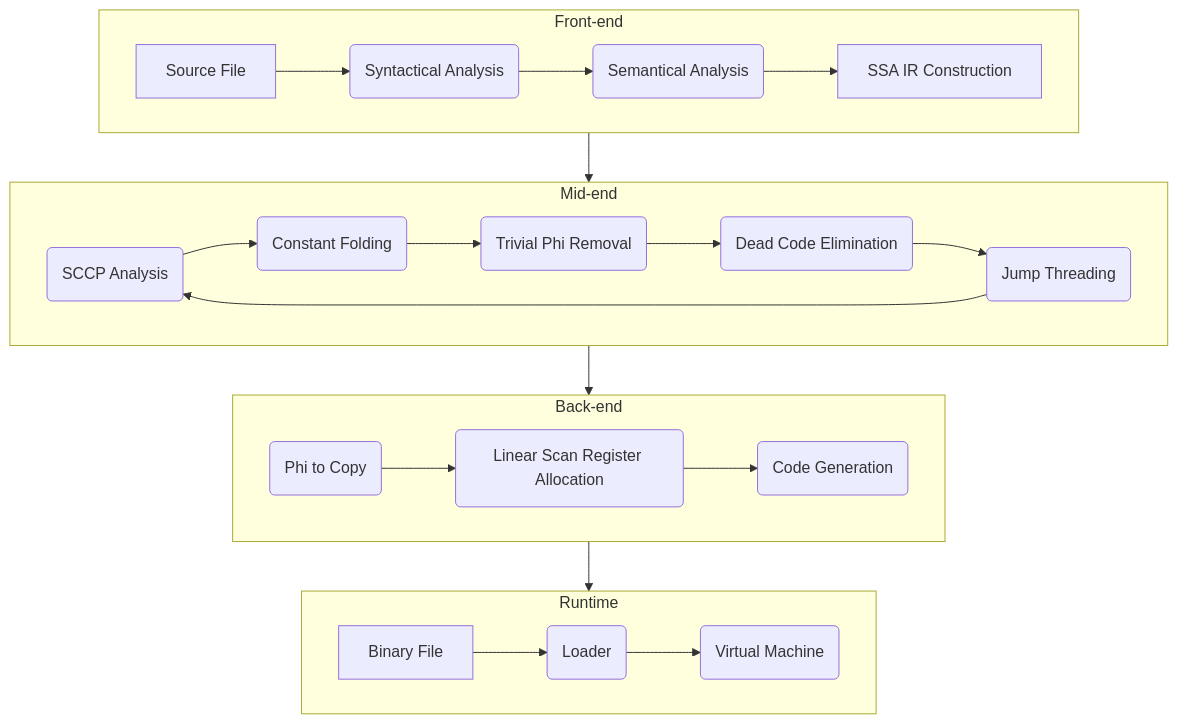
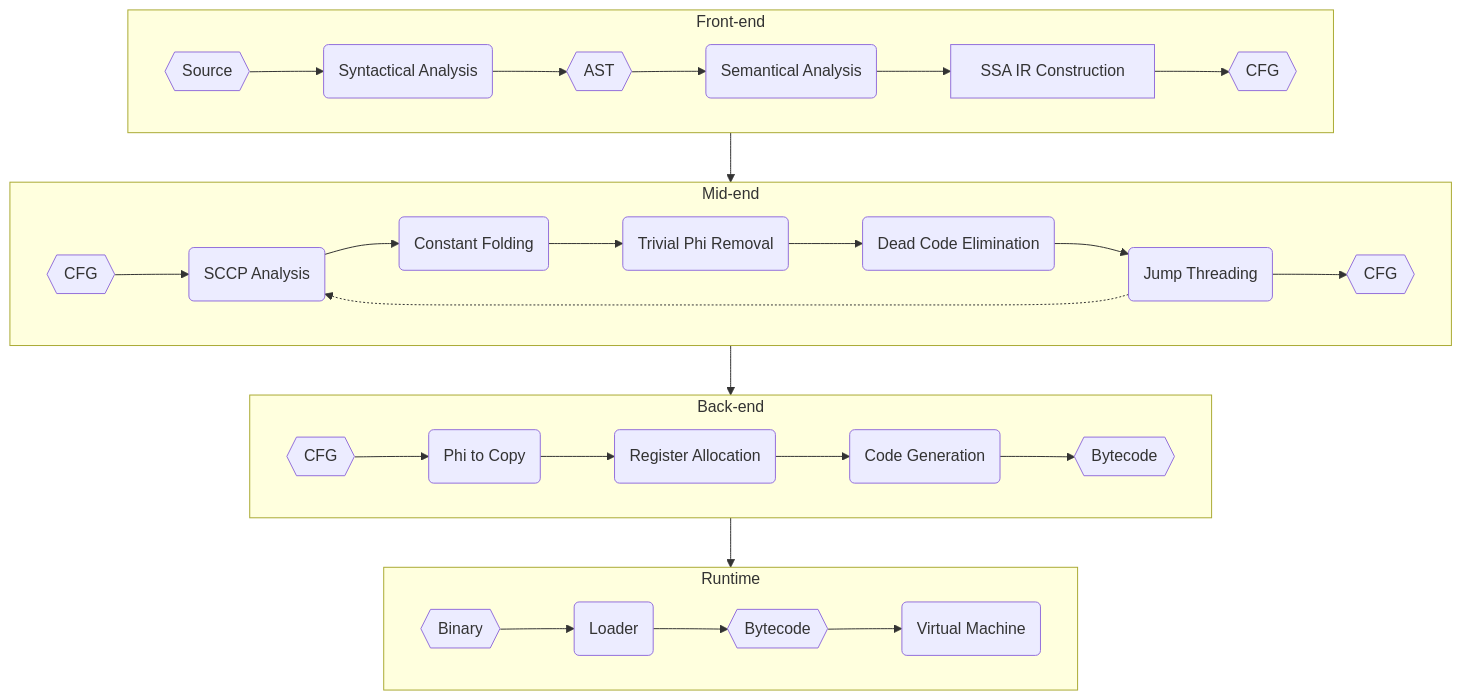
The diagram in README.md (felys-lang/felys), drawn with Mermaid before and after one commit.

````diff
--- a/README.md
+++ b/README.md
@@ -24,36 +24,43 @@
 ```mermaid
 flowchart TD
     subgraph FrontEnd [Front-end]
         direction LR
-        FA[Source File] --> FB(Syntactical Analysis)
-        FB --> FC(Semantical Analysis)
-        FC --> IR[SSA IR Construction]
+        FA{{Source}} --> FB(Syntactical Analysis)
+        FB --> FC{{AST}}
+        FC --> FD(Semantical Analysis)
+        FD --> FE[SSA IR Construction]
+        FE --> FF{{CFG}}
     end
 
     FrontEnd --> MidEnd
 
     subgraph MidEnd [Mid-end]
         direction LR
-        MA(SCCP Analysis) --> MB(Constant Folding)
-        MB --> MC(Trivial Phi Removal)
-        MC --> MD(Dead Code Elimination)
-        MD --> ME(Jump Threading)
-        ME --> MA
+        MA{{CFG}} --> MB(SCCP Analysis)
+        MB --> MC(Constant Folding)
+        MC --> MD(Trivial Phi Removal)
+        MD --> ME(Dead Code Elimination)
+        ME --> MF(Jump Threading)
+        MF -.-> MB
+        MF --> MG{{CFG}}
     end
 
     MidEnd --> BackEnd
 
     subgraph BackEnd [Back-end]
         direction LR
-        BA(Phi to Copy) --> BB(Linear Scan Register Allocation)
-        BB --> BC(Code Generation)
+        BA{{CFG}} --> BB(Phi to Copy)
+        BB --> BC(Register Allocation)
+        BC --> BD(Code Generation)
+        BD --> BE{{Bytecode}}
     end
 
     BackEnd --> Runtime
     
     subgraph Runtime [Runtime]
         direction LR
-        RA[Binary File] --> RB(Loader)
-        RB --> VM(Virtual Machine)
+        RA{{Binary}} --> RB(Loader)
+        RB --> RC{{Bytecode}}
+        RC --> VM(Virtual Machine)
     end
 ```
````
